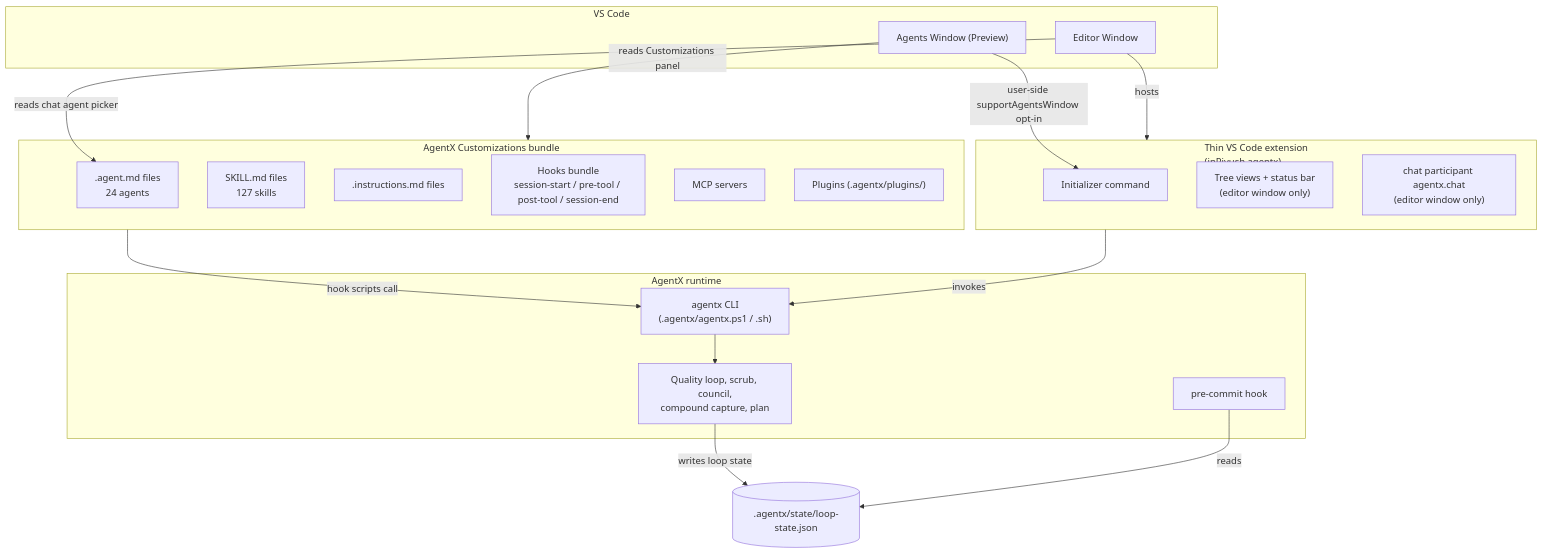
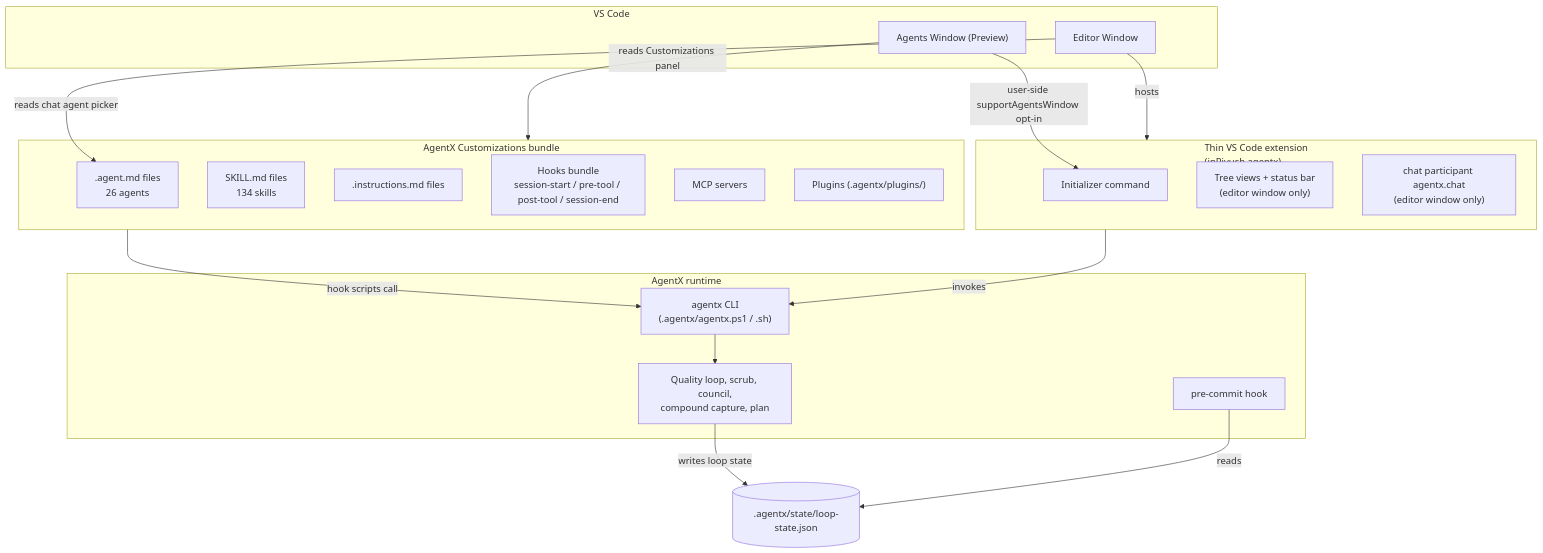
One commit to jnPiyush/AgentX changed the first of 4 diagrams in docs/artifacts/specs/SPEC-400.md. Above: the diagram before and after it, drawn with Mermaid. The commit also changed other lines of this file and 82 other files, not shown here.

````diff
--- a/docs/artifacts/specs/SPEC-400.md
+++ b/docs/artifacts/specs/SPEC-400.md
@@ -87,39 +87,39 @@
 ```mermaid
 flowchart TB
   subgraph VSC["VS Code"]
     AW["Agents Window (Preview)"]
     EW["Editor Window"]
   end
 
   subgraph BUNDLE["AgentX Customizations bundle"]
-    AGENTS[".agent.md files<br/>24 agents"]
-    SKILLS["SKILL.md files<br/>127 skills"]
+    AGENTS[".agent.md files<br/>26 agents"]
+    SKILLS["SKILL.md files<br/>134 skills"]
     INSTR[".instructions.md files"]
     HOOKS["Hooks bundle<br/>session-start / pre-tool / post-tool / session-end"]
     MCP["MCP servers"]
     PLUG["Plugins (.agentx/plugins/)"]
   end
 
   subgraph RUNTIME["AgentX runtime"]
     CLI["agentx CLI<br/>(.agentx/agentx.ps1 / .sh)"]
     GATES["Quality loop, scrub, council,<br/>compound capture, plan"]
     HOOK["pre-commit hook"]
   end
 
   subgraph EXTSURF["Thin VS Code extension<br/>(jnPiyush.agentx)"]
     INIT["Initializer command"]
     TV["Tree views + status bar<br/>(editor window only)"]
     CHATP["chat participant agentx.chat<br/>(editor window only)"]
   end
 
   AW -->|reads Customizations panel| BUNDLE
   EW -->|reads chat agent picker| AGENTS
   EW -->|hosts| EXTSURF
   AW -->|user-side supportAgentsWindow opt-in| INIT
 
   BUNDLE -->|hook scripts call| CLI
   EXTSURF -->|invokes| CLI
   CLI --> GATES
   GATES -->|writes loop state| LOOPSTATE[(".agentx/state/loop-state.json")]
   HOOK -->|reads| LOOPSTATE
 ```
````
